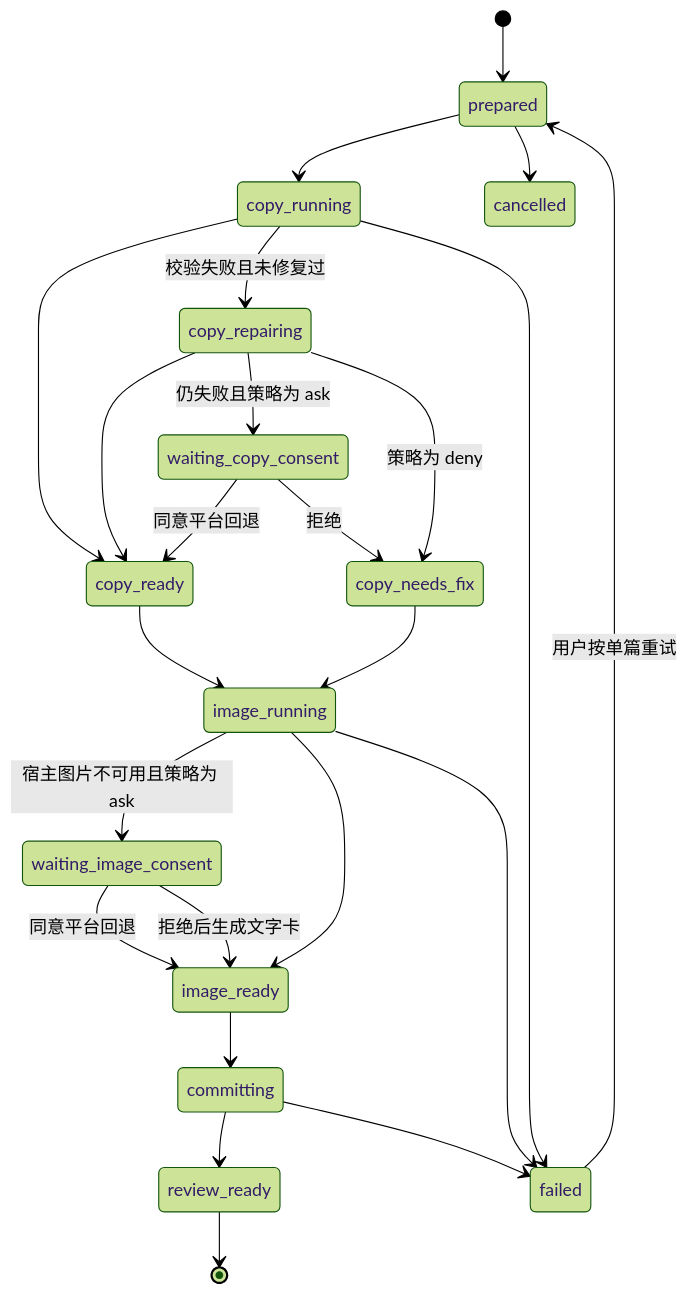
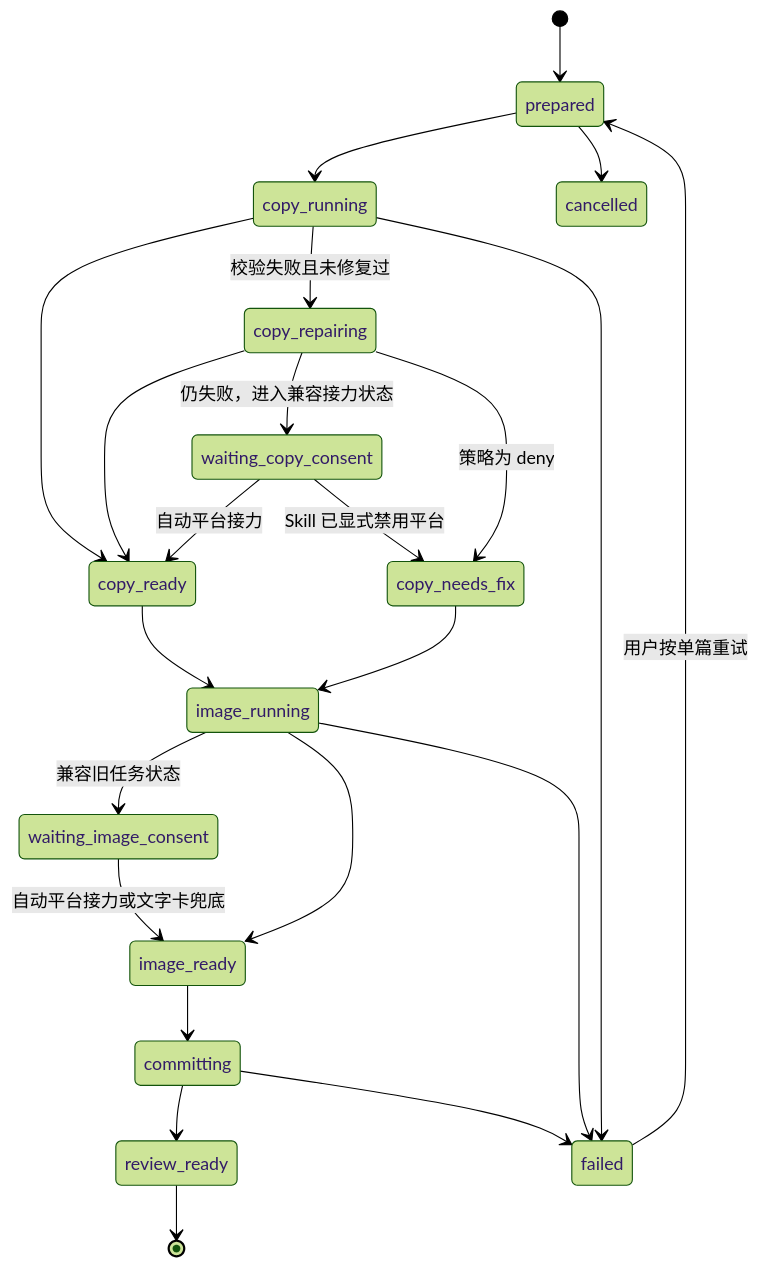
The second of 3 diagrams in docs/host-ai-skill-generation-blueprint.md (jidouqie/redbeacon), drawn with Mermaid (forest theme) before and after one commit. The commit also changed other lines of this file and 6 other files, not shown here.

````diff
--- a/docs/host-ai-skill-generation-blueprint.md
+++ b/docs/host-ai-skill-generation-blueprint.md
@@ -226,26 +225,25 @@
 ```mermaid
 stateDiagram-v2
     [*] --> prepared
     prepared --> copy_running
     copy_running --> copy_ready
     copy_running --> copy_repairing: 校验失败且未修复过
     copy_repairing --> copy_ready
-    copy_repairing --> waiting_copy_consent: 仍失败且策略为 ask
-    waiting_copy_consent --> copy_ready: 同意平台回退
-    waiting_copy_consent --> copy_needs_fix: 拒绝
+    copy_repairing --> waiting_copy_consent: 仍失败，进入兼容接力状态
+    waiting_copy_consent --> copy_ready: 自动平台接力
+    waiting_copy_consent --> copy_needs_fix: Skill 已显式禁用平台
     copy_repairing --> copy_needs_fix: 策略为 deny
     copy_ready --> image_running
     copy_needs_fix --> image_running
-    image_running --> waiting_image_consent: 宿主图片不可用且策略为 ask
-    waiting_image_consent --> image_ready: 同意平台回退
-    waiting_image_consent --> image_ready: 拒绝后生成文字卡
+    image_running --> waiting_image_consent: 兼容旧任务状态
+    waiting_image_consent --> image_ready: 自动平台接力或文字卡兜底
     image_running --> image_ready
     image_ready --> committing
     committing --> review_ready
     committing --> failed
     prepared --> cancelled
     copy_running --> failed
     image_running --> failed
     review_ready --> [*]
     failed --> prepared: 用户按单篇重试
 ```
````
